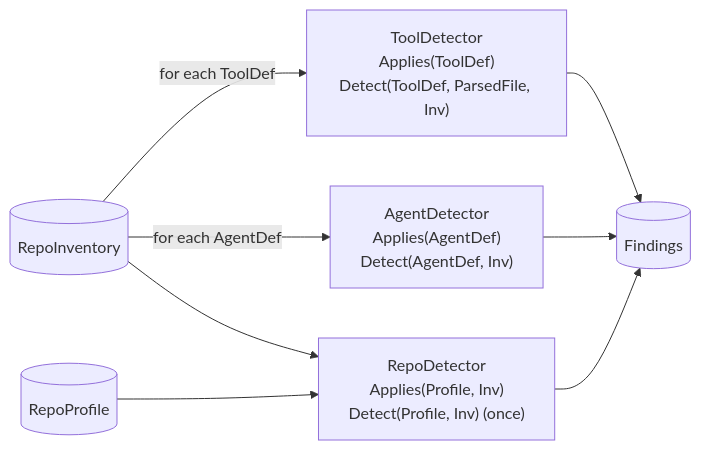
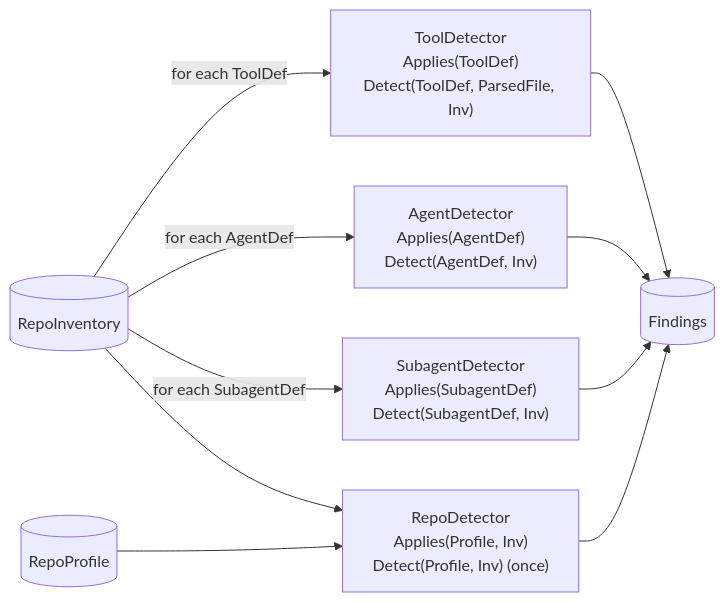
Before and after one commit to jhumel-code/trustabl: the second of 4 diagrams in ARCHITECTURE.md, drawn with Mermaid. The commit also changed other lines of this file and 2 other files, not shown here.

Commit message:
docs: document subagent detector scope + CSDK-110

````diff
--- a/ARCHITECTURE.md
+++ b/ARCHITECTURE.md
@@ -172,14 +172,16 @@
 ```mermaid
 flowchart LR
     inv[("RepoInventory")]
     profile[("RepoProfile")]
 
     inv -- "for each ToolDef" --> tool["ToolDetector<br/>Applies(ToolDef)<br/>Detect(ToolDef, ParsedFile, Inv)"]
     inv -- "for each AgentDef" --> agent["AgentDetector<br/>Applies(AgentDef)<br/>Detect(AgentDef, Inv)"]
+    inv -- "for each SubagentDef" --> subagent["SubagentDetector<br/>Applies(SubagentDef)<br/>Detect(SubagentDef, Inv)"]
     profile --> repo["RepoDetector<br/>Applies(Profile, Inv)<br/>Detect(Profile, Inv) (once)"]
     inv --> repo
 
     tool --> f[("Findings")]
     agent --> f
+    subagent --> f
     repo --> f
 ```
````
